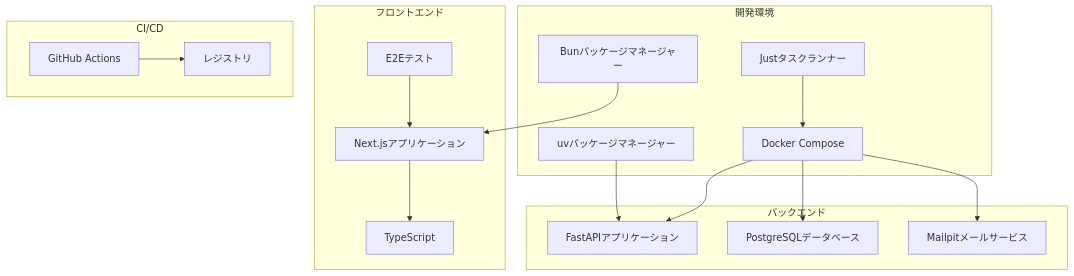
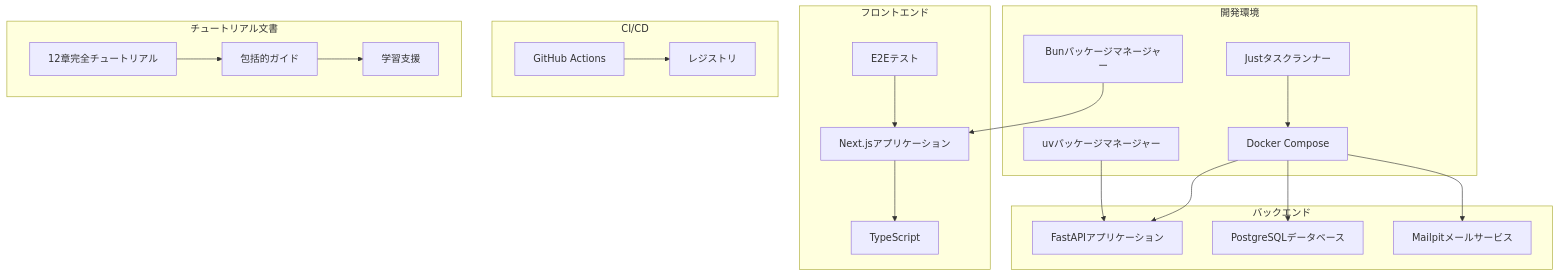
Before and after one commit to ss8806/Todos: the first of 7 diagrams in .qoder/repowiki/ja/content/開発ワークフロー/開発ワークフロー.md, drawn with Mermaid. The commit also changed other lines of this file and 35 other files, not shown here.

````diff
--- a/.qoder/repowiki/ja/content/開発ワークフロー/開発ワークフロー.md
+++ b/.qoder/repowiki/ja/content/開発ワークフロー/開発ワークフロー.md
@@ -46,32 +67,39 @@
 ```mermaid
 graph TB
 subgraph "開発環境"
 J[Justタスクランナー]
 DC[Docker Compose]
 UV[uvパッケージマネージャー]
 BUN[Bunパッケージマネージャー]
 end
 subgraph "バックエンド"
 BE[FastAPIアプリケーション]
 DB[PostgreSQLデータベース]
 MP[Mailpitメールサービス]
 end
 subgraph "フロントエンド"
 FE[Next.jsアプリケーション]
 TS[TypeScript]
 E2E[E2Eテスト]
 end
 subgraph "CI/CD"
 GH[GitHub Actions]
 R[レジストリ]
 end
+subgraph "チュートリアル文書"
+T12[12章完全チュートリアル]
+DOC[包括的ガイド]
+ENDLESS[学習支援]
+end
 J --> DC
 DC --> BE
 DC --> DB
 DC --> MP
 UV --> BE
 BUN --> FE
 FE --> TS
 E2E --> FE
 GH --> R
+T12 --> DOC
+DOC --> ENDLESS
 ```
````
